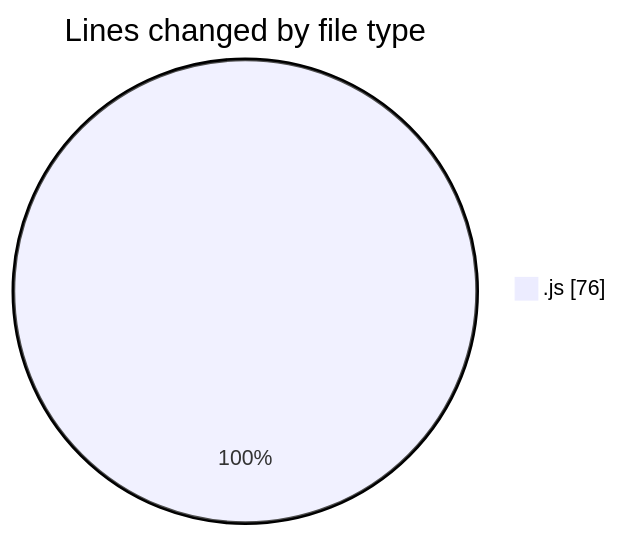
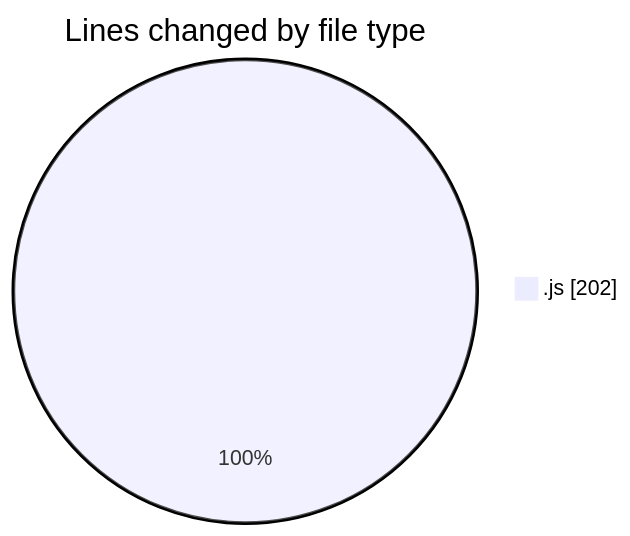
One commit to Ritupan-Deka/code-tracking changed the first of 2 diagrams in 2025-07-17/mern-workoutboard/README.md. Above: the diagram before and after it, drawn with Mermaid. The commit also changed other lines of this file and 1 other file, not shown here.

````diff
--- a/2025-07-17/mern-workoutboard/README.md
+++ b/2025-07-17/mern-workoutboard/README.md
@@ -21,5 +21,5 @@
 ```mermaid
 pie showData
 title Lines changed by file type
-".js" : 76
+".js" : 202
 ```
````
